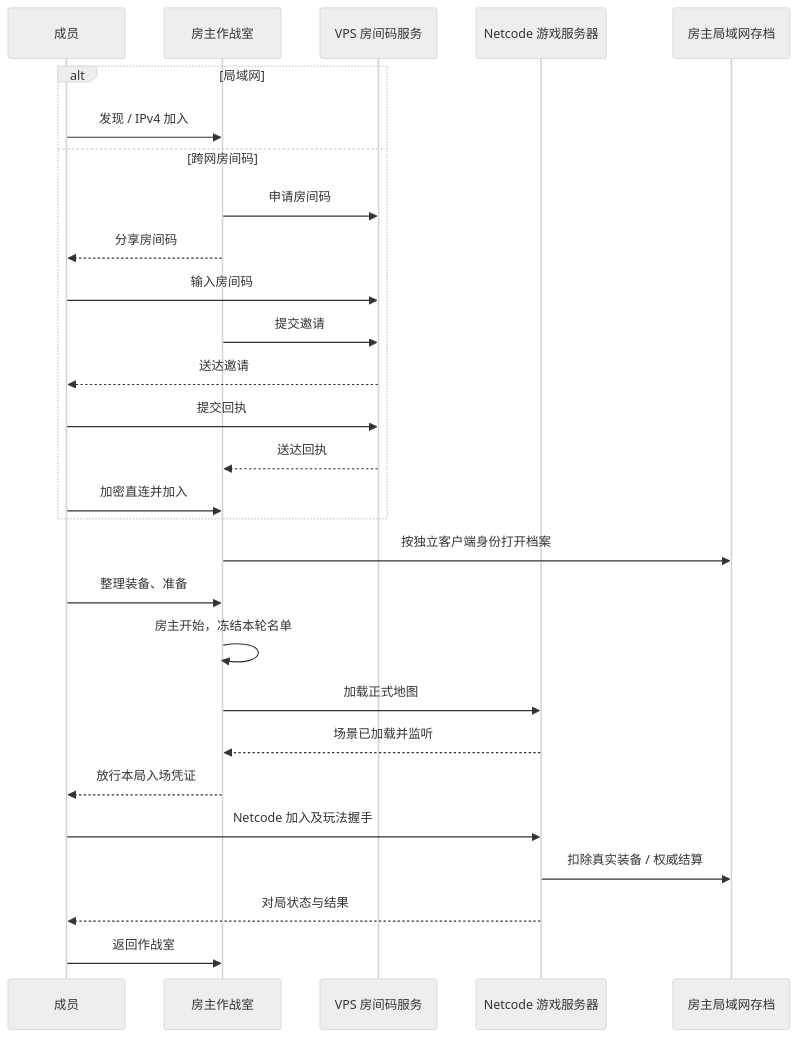
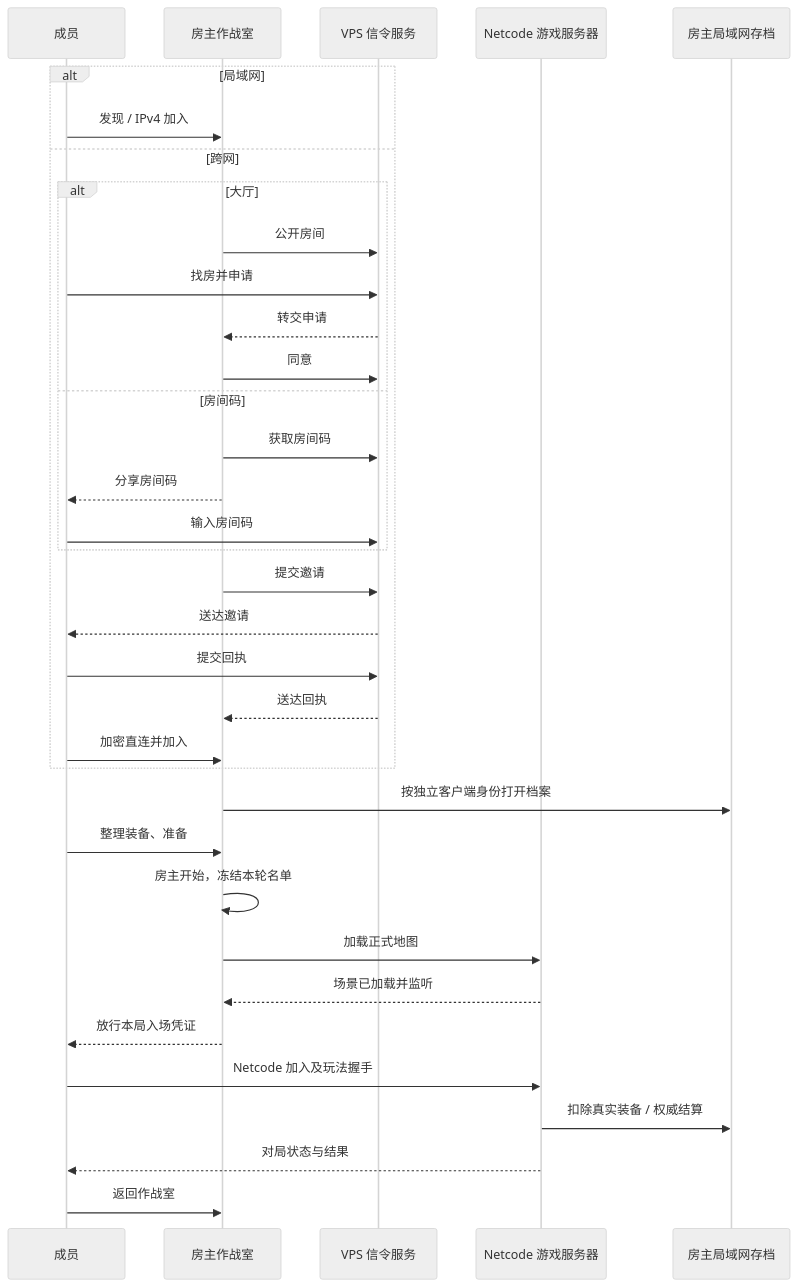
One commit to MorrowHome/Moonkov changed the diagram in Docs/LanRooms.md. Above: the diagram before and after it, drawn with Mermaid (neutral theme). The commit also changed other lines of this file and 11 other files, not shown here.

````diff
--- a/Docs/LanRooms.md
+++ b/Docs/LanRooms.md
@@ -40,30 +47,37 @@
 ```mermaid
 sequenceDiagram
     participant C as 成员
     participant R as 房主作战室
-    participant V as VPS 房间码服务
+    participant V as VPS 信令服务
     participant G as Netcode 游戏服务器
     participant S as 房主局域网存档
     alt 局域网
         C->>R: 发现 / IPv4 加入
-    else 跨网房间码
-        R->>V: 申请房间码
-        R-->>C: 分享房间码
-        C->>V: 输入房间码
+    else 跨网
+        alt 大厅
+            R->>V: 公开房间
+            C->>V: 找房并申请
+            V-->>R: 转交申请
+            R->>V: 同意
+        else 房间码
+            R->>V: 获取房间码
+            R-->>C: 分享房间码
+            C->>V: 输入房间码
+        end
         R->>V: 提交邀请
         V-->>C: 送达邀请
         C->>V: 提交回执
         V-->>R: 送达回执
         C->>R: 加密直连并加入
     end
     R->>S: 按独立客户端身份打开档案
     C->>R: 整理装备、准备
     R->>R: 房主开始，冻结本轮名单
     R->>G: 加载正式地图
     G-->>R: 场景已加载并监听
     R-->>C: 放行本局入场凭证
     C->>G: Netcode 加入及玩法握手
     G->>S: 扣除真实装备 / 权威结算
     G-->>C: 对局状态与结果
     C->>R: 返回作战室
 ```
````
